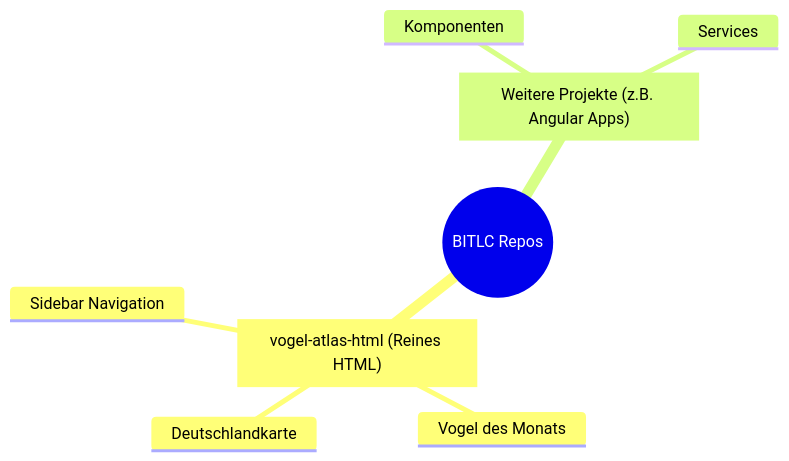
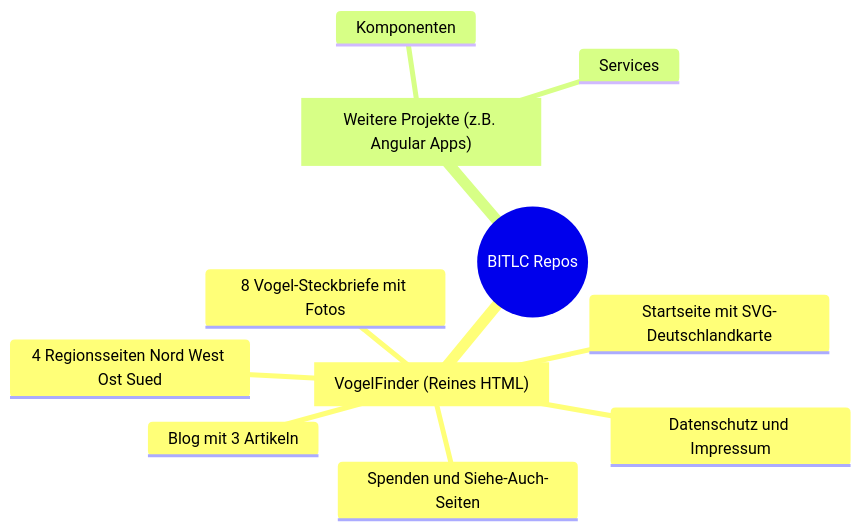
One commit to J-Moessmer/BITLC-Angular changed the first of 2 diagrams in README.md. Above: the diagram before and after it, drawn with Mermaid. The commit also changed other lines of this file and 4 other files, not shown here.

````diff
--- a/README.md
+++ b/README.md
@@ -24,11 +24,14 @@
 ```mermaid
 mindmap
   root((BITLC Repos))
-    vogel-atlas-html["vogel-atlas-html (Reines HTML)"]
-      Deutschlandkarte
-      Vogel des Monats
-      Sidebar Navigation
+    vogel-atlas-html["VogelFinder (Reines HTML)"]
+      Startseite mit SVG-Deutschlandkarte
+      8 Vogel-Steckbriefe mit Fotos
+      4 Regionsseiten Nord West Ost Sued
+      Blog mit 3 Artikeln
+      Spenden und Siehe-Auch-Seiten
+      Datenschutz und Impressum
     future_projects["Weitere Projekte (z.B. Angular Apps)"]
       Komponenten
       Services
 ```
````
